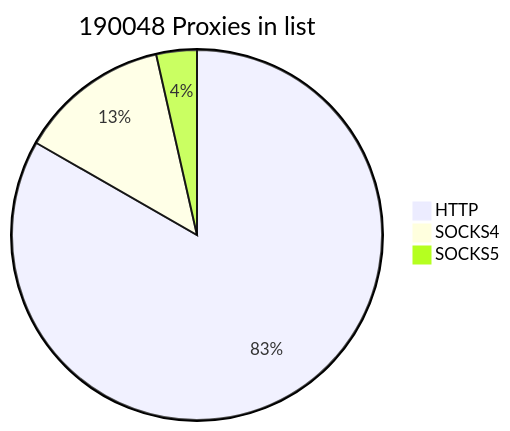
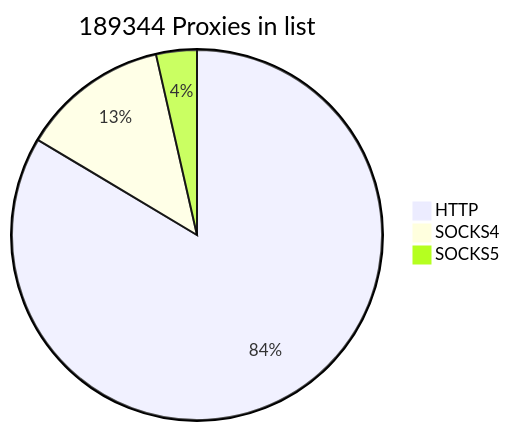
One commit to cutipu/proxylist changed the first of 2 diagrams in README.md. Above: the diagram before and after it, drawn with Mermaid. The commit also changed other lines of this file, not shown here.

````diff
--- a/README.md
+++ b/README.md
@@ -2,7 +2,7 @@
 ```mermaid
-pie title 190048 Proxies in list
-    "HTTP" : 158280
-    "SOCKS4" : 25036
+pie title 189344 Proxies in list
+    "HTTP" : 158253
+    "SOCKS4" : 24359
     "SOCKS5" : 6732
             
 ```
````
